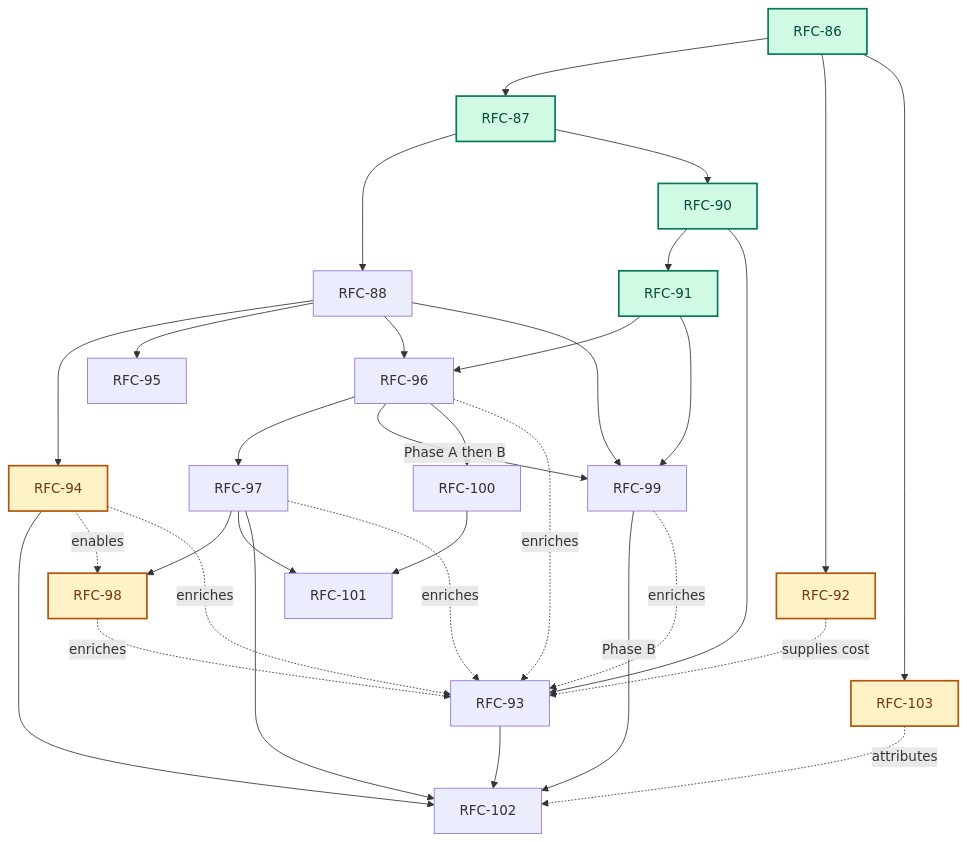
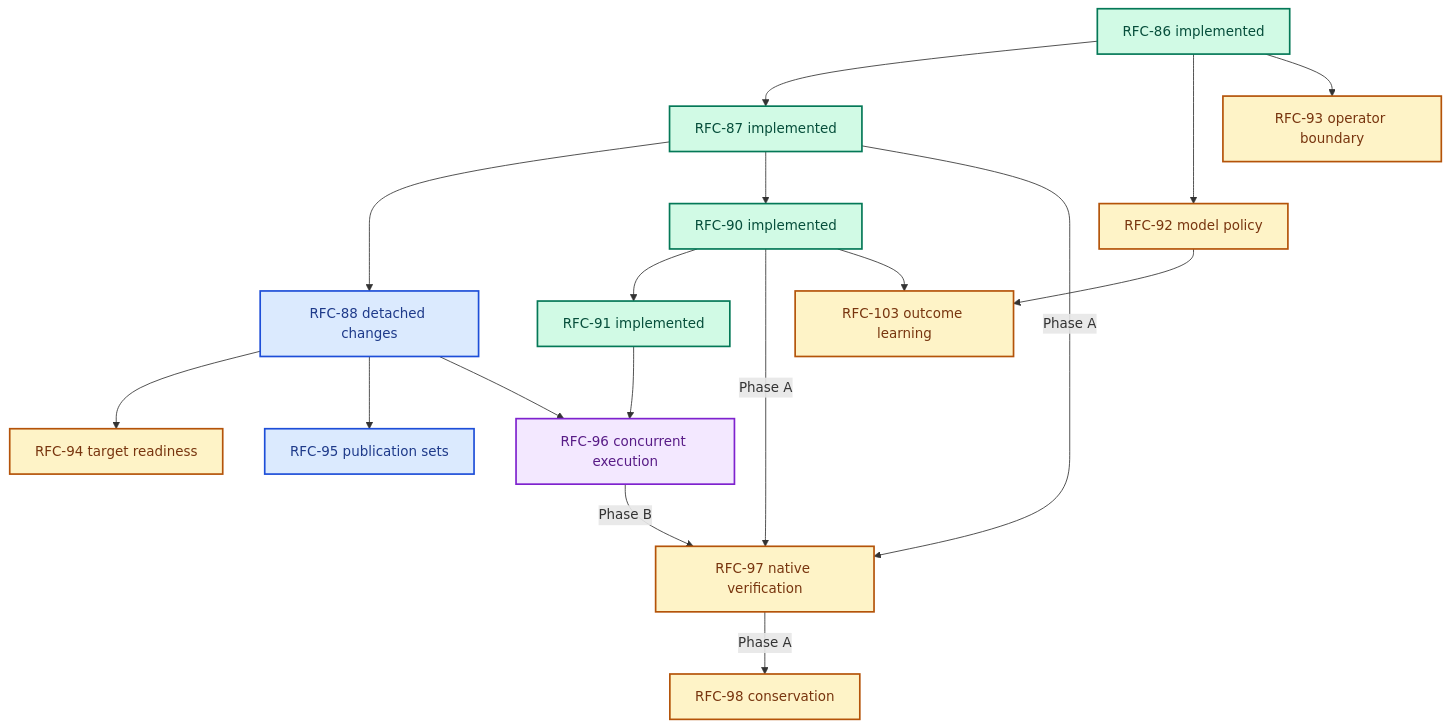
The diagram in rfcs/platform.md (augentic/anvil), drawn with Mermaid before and after one commit. The commit also changed other lines of this file and 22 other files, not shown here.

````diff
--- a/rfcs/platform.md
+++ b/rfcs/platform.md
@@ -25,40 +38,28 @@
 ```mermaid
 flowchart TD
-    R86[RFC-86] --> R87[RFC-87]
-    R86 --> R92[RFC-92]
-    R86 --> R103[RFC-103]
-    R87 --> R88[RFC-88]
-    R87 --> R90[RFC-90]
-    R88 --> R94[RFC-94]
-    R88 --> R95[RFC-95]
-    R88 --> R96[RFC-96]
-    R88 --> R99[RFC-99]
-    R90 --> R91[RFC-91]
-    R90 --> R93[RFC-93]
+    R86[RFC-86 implemented] --> R87[RFC-87 implemented]
+    R86 --> R92[RFC-92 model policy]
+    R86 --> R93[RFC-93 operator boundary]
+    R87 --> R88[RFC-88 detached changes]
+    R87 --> R90[RFC-90 implemented]
+    R90 --> R91[RFC-91 implemented]
+    R87 -->|Phase A| R97[RFC-97 native verification]
+    R90 -->|Phase A| R97
+    R88 --> R94[RFC-94 target readiness]
+    R88 --> R95[RFC-95 publication sets]
+    R88 --> R96[RFC-96 concurrent execution]
     R91 --> R96
-    R91 --> R99
-    R96 --> R97[RFC-97]
-    R96 -->|Phase A then B| R99
-    R96 --> R100[RFC-100]
-    R97 --> R98[RFC-98]
-    R97 --> R101[RFC-101]
-    R97 --> R102[RFC-102]
-    R99 -->|Phase B| R102
-    R100 --> R101
-    R93 --> R102
-    R94 --> R102
-
-    R92 -. supplies cost .-> R93
-    R94 -. enables .-> R98
-    R94 -. enriches .-> R93
-    R96 -. enriches .-> R93
-    R97 -. enriches .-> R93
-    R98 -. enriches .-> R93
-    R99 -. enriches .-> R93
-    R103 -. attributes .-> R102
+    R96 -->|Phase B| R97
+    R97 -->|Phase A| R98[RFC-98 conservation]
+    R90 --> R103[RFC-103 outcome learning]
+    R92 --> R103
 
     classDef implemented fill:#d1fae5,stroke:#047857,color:#064e3b,stroke-width:2px
     classDef evidence fill:#fef3c7,stroke:#b45309,color:#78350f,stroke-width:2px
+    classDef product fill:#dbeafe,stroke:#1d4ed8,color:#1e3a8a,stroke-width:2px
+    classDef scale fill:#f3e8ff,stroke:#7e22ce,color:#581c87,stroke-width:2px
     class R86,R87,R90,R91 implemented
-    class R94,R98,R92,R103 evidence
+    class R92,R93,R94,R97,R98,R103 evidence
+    class R88,R95 product
+    class R96 scale
 ```
````
